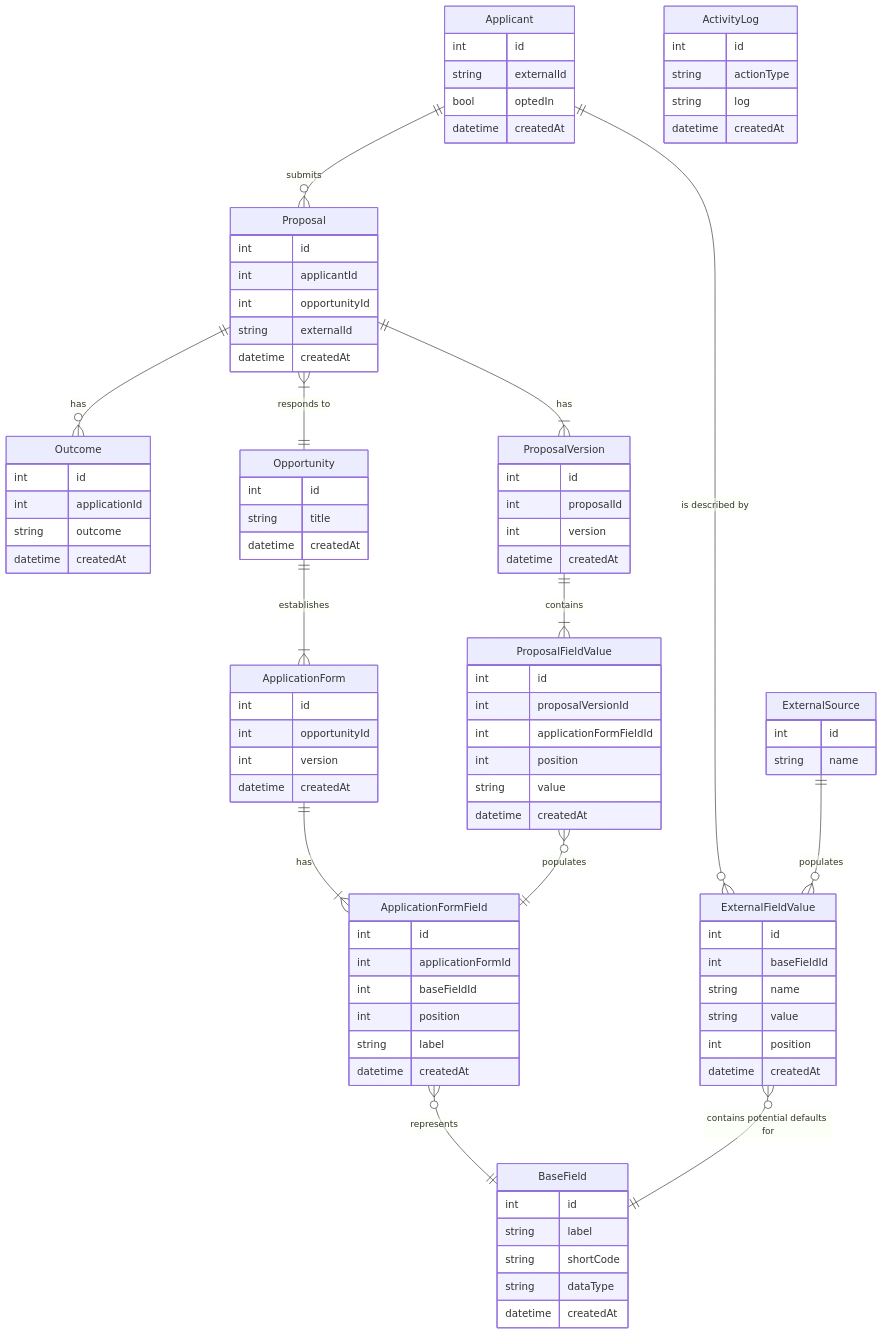
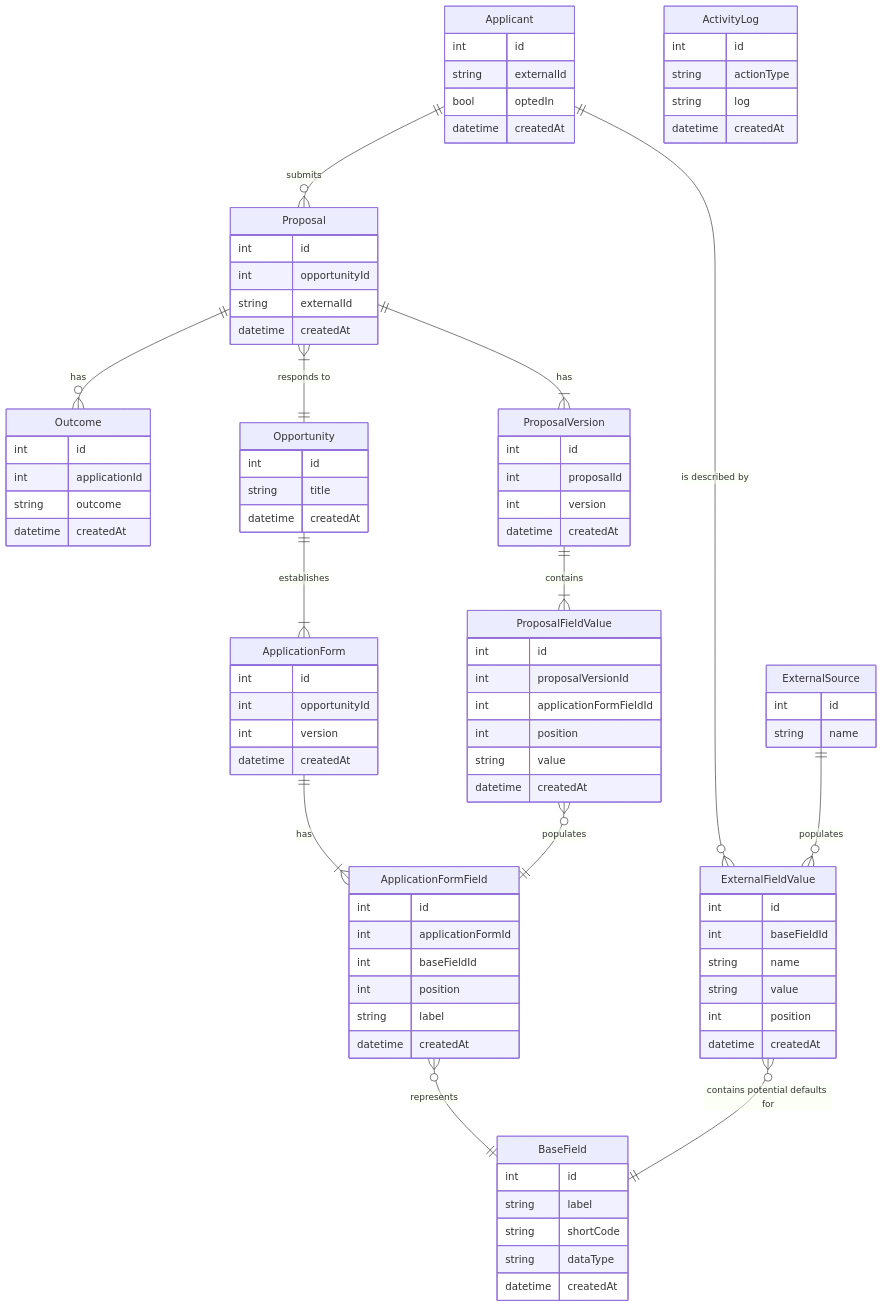
The first of 4 diagrams in docs/ENTITY_RELATIONSHIP_DIAGRAM.md (PhilanthropyDataCommons/service), drawn with Mermaid before and after one commit. The commit also changed 24 other files, not shown here.

```diff
--- a/docs/ENTITY_RELATIONSHIP_DIAGRAM.md
+++ b/docs/ENTITY_RELATIONSHIP_DIAGRAM.md
@@ -23,7 +23,6 @@
   }
   Proposal {
     int id
-    int applicantId
     int opportunityId
     string externalId
     datetime createdAt
```
